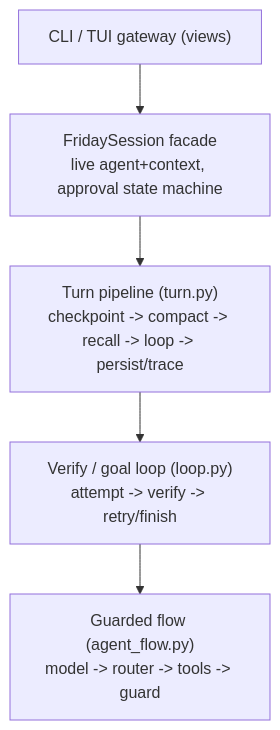
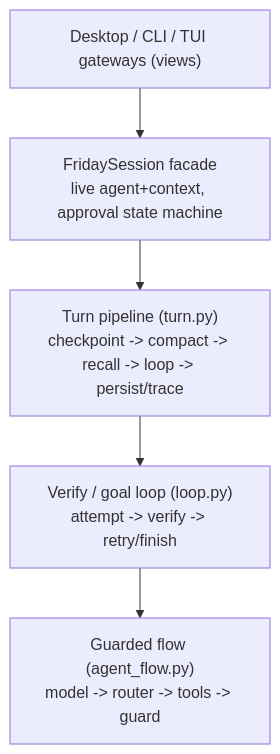
The diagram in docs/architecture.md (Lancetwang/friday), drawn with Mermaid before and after one commit. The commit also changed 7 other files, not shown here.

````diff
--- a/docs/architecture.md
+++ b/docs/architecture.md
@@ -52,7 +52,7 @@
 ```mermaid
 flowchart TD
-    Surface["CLI / TUI gateway (views)"] --> Session["FridaySession facade<br/>live agent+context, approval state machine"]
+    Surface["Desktop / CLI / TUI gateways (views)"] --> Session["FridaySession facade<br/>live agent+context, approval state machine"]
     Session --> Turn["Turn pipeline (turn.py)<br/>checkpoint -> compact -> recall -> loop -> persist/trace"]
     Turn --> Outer["Verify / goal loop (loop.py)<br/>attempt -> verify -> retry/finish"]
     Outer --> Inner["Guarded flow (agent_flow.py)<br/>model -> router -> tools -> guard"]
 ```
````
